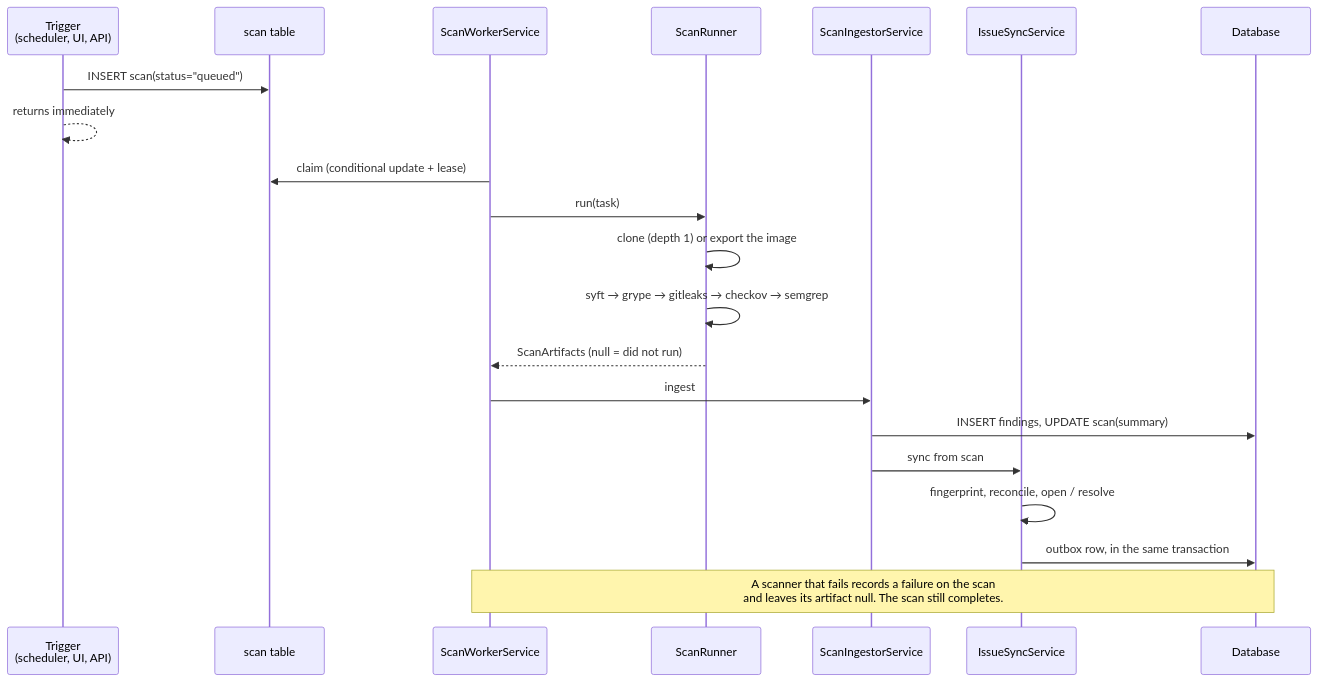
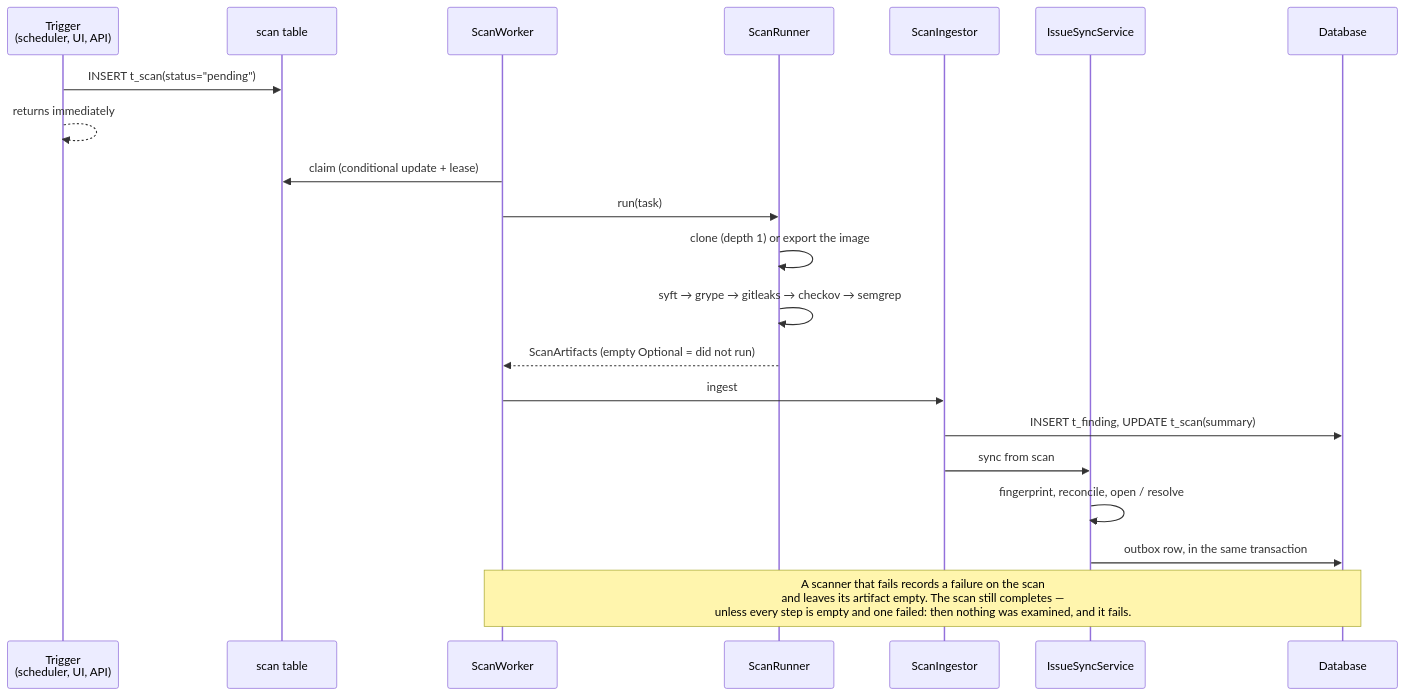
Before and after one commit to asmolabs/vectispire: the third of 3 diagrams in docs/en/TECHNICAL_DOCUMENTATION.md, drawn with Mermaid. The commit also changed other lines of this file and 43 other files, not shown here.

````diff
--- a/docs/en/TECHNICAL_DOCUMENTATION.md
+++ b/docs/en/TECHNICAL_DOCUMENTATION.md
@@ -267,24 +264,24 @@
 ```mermaid
 sequenceDiagram
     participant T as Trigger<br/>(scheduler, UI, API)
     participant Q as scan table
-    participant W as ScanWorkerService
+    participant W as ScanWorker
     participant R as ScanRunner
-    participant I as ScanIngestorService
+    participant I as ScanIngestor
     participant S as IssueSyncService
     participant DB as Database
 
-    T->>Q: INSERT scan(status="queued")
+    T->>Q: INSERT t_scan(status="pending")
     T-->>T: returns immediately
     W->>Q: claim (conditional update + lease)
     W->>R: run(task)
     R->>R: clone (depth 1) or export the image
     R->>R: syft → grype → gitleaks → checkov → semgrep
-    R-->>W: ScanArtifacts (null = did not run)
+    R-->>W: ScanArtifacts (empty Optional = did not run)
     W->>I: ingest
-    I->>DB: INSERT findings, UPDATE scan(summary)
+    I->>DB: INSERT t_finding, UPDATE t_scan(summary)
     I->>S: sync from scan
     S->>S: fingerprint, reconcile, open / resolve
     S->>DB: outbox row, in the same transaction
-    Note over W,DB: A scanner that fails records a failure on the scan<br/>and leaves its artifact null. The scan still completes.
+    Note over W,DB: A scanner that fails records a failure on the scan<br/>and leaves its artifact empty. The scan still completes —<br/>unless every step is empty and one failed: then nothing was examined, and it fails.
 ```
````
